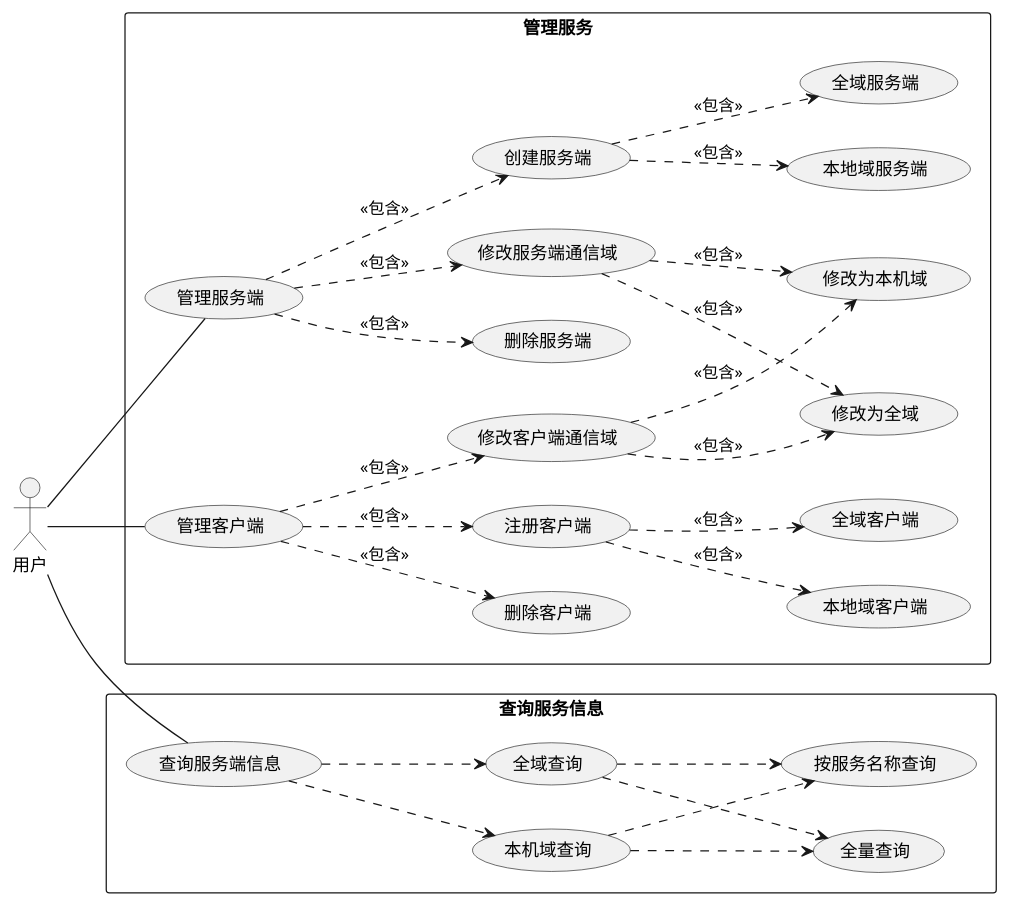
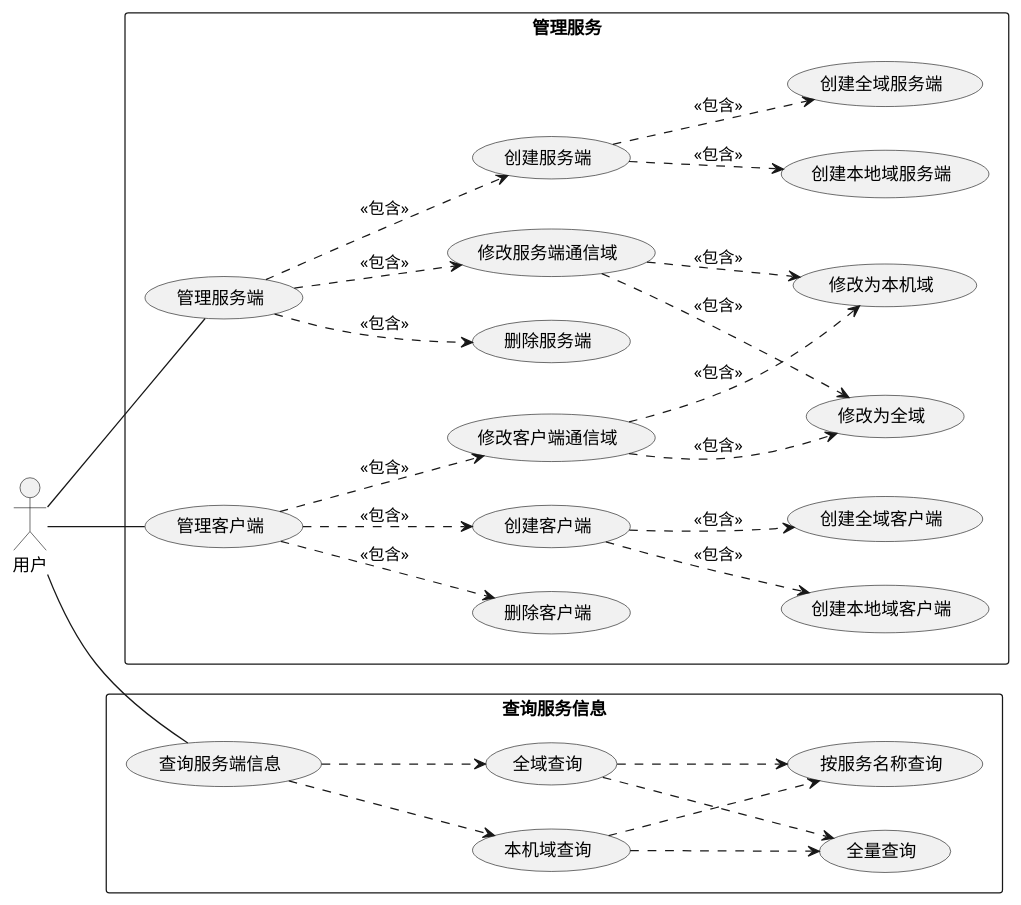
The diagram in uml/uml-1-0.wsd (woshigerunze/new_paper), drawn with PlantUML before and after one commit. The commit also changed 8 other files, not shown here.

```diff
--- a/uml/uml-1-0.wsd
+++ b/uml/uml-1-0.wsd
@@ -1,36 +1,36 @@
 @startuml
 left to right direction
 skinparam packageStyle rectangle
 actor 用户
 
 rectangle 管理服务 {
 用户 -- (管理服务端)
 (管理服务端) .-> (创建服务端) : <<包含>>
 (管理服务端) .-> (删除服务端) : <<包含>>
 (管理服务端) .-> (修改服务端通信域) : <<包含>>
 (修改服务端通信域) .-> (修改为全域) : <<包含>>
 (修改服务端通信域) .-> (修改为本机域) : <<包含>>
 
-(创建服务端) .-> (本地域服务端) : <<包含>>
-(创建服务端) .-> (全域服务端) : <<包含>>
+(创建服务端) .-> (创建本地域服务端) : <<包含>>
+(创建服务端) .-> (创建全域服务端) : <<包含>>
 
 
 用户 -- (管理客户端)
-(管理客户端) .-> (注册客户端) : <<包含>>
+(管理客户端) .-> (创建客户端) : <<包含>>
 (管理客户端) .-> (删除客户端) : <<包含>>
 (管理客户端) .-> (修改客户端通信域) : <<包含>>
 (修改客户端通信域) .-> (修改为全域) : <<包含>>
 (修改客户端通信域) .-> (修改为本机域) : <<包含>>
-(注册客户端) .-> (本地域客户端) : <<包含>>
-(注册客户端) .-> (全域客户端) : <<包含>>
+(创建客户端) .-> (创建本地域客户端) : <<包含>>
+(创建客户端) .-> (创建全域客户端) : <<包含>>
 }
 rectangle 查询服务信息 {
 用户 -- (查询服务端信息)
 (查询服务端信息) .-> (本机域查询) 
 (查询服务端信息) .-> (全域查询) 
 (本机域查询) ..> (全量查询) 
 (全域查询) ..> (全量查询) 
 (本机域查询) ..> (按服务名称查询) 
 (全域查询) ..> (按服务名称查询)
 }
 @enduml
```
